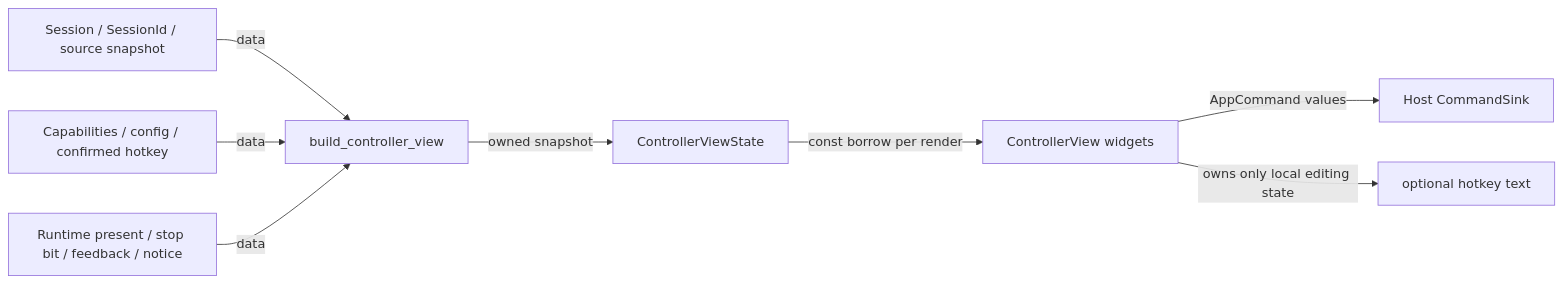
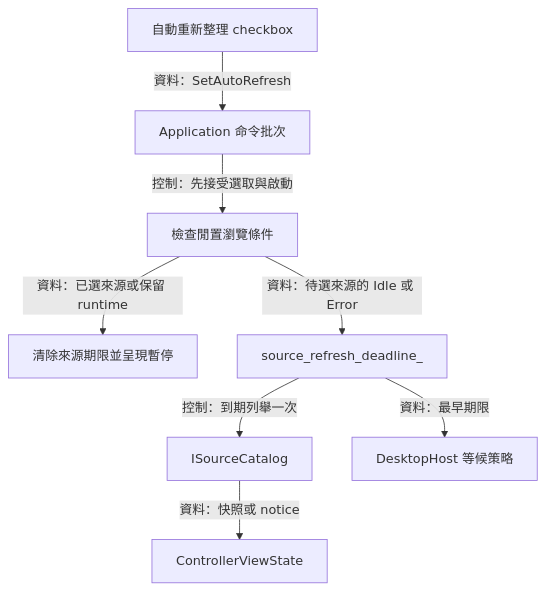
Before and after one commit to Mes0903/avb0795: the fifth of 12 diagrams in docs/architecture/application-ui.md, drawn with Mermaid. The commit also changed other lines of this file and 156 other files, not shown here.

````diff
--- a/docs/architecture/application-ui.md
+++ b/docs/architecture/application-ui.md
@@ -194,10 +166,10 @@
 ```mermaid
-flowchart LR
-    S[Session / SessionId / source snapshot] -->|data| P[build_controller_view]
-    C[Capabilities / config / confirmed hotkey] -->|data| P
-    F[Runtime present / stop bit / feedback / notice] -->|data| P
-    P -->|owned snapshot| V[ControllerViewState]
-    V -->|const borrow per render| W[ControllerView widgets]
-    W -->|AppCommand values| K[Host CommandSink]
-    W -->|owns only local editing state| H[optional hotkey text]
+flowchart TD
+    Checkbox[自動重新整理 checkbox] -->|資料：SetAutoRefresh| Batch[Application 命令批次]
+    Batch -->|控制：先接受選取與啟動| Gate[檢查閒置瀏覽條件]
+    Gate -->|資料：已選來源或保留 runtime| Pause[清除來源期限並呈現暫停]
+    Gate -->|資料：待選來源的 Idle 或 Error| Timer[source_refresh_deadline_]
+    Timer -->|控制：到期列舉一次| Catalog[ISourceCatalog]
+    Catalog -->|資料：快照或 notice| View[ControllerViewState]
+    Timer -->|資料：最早期限| Host[DesktopHost 等候策略]
 ```
````
